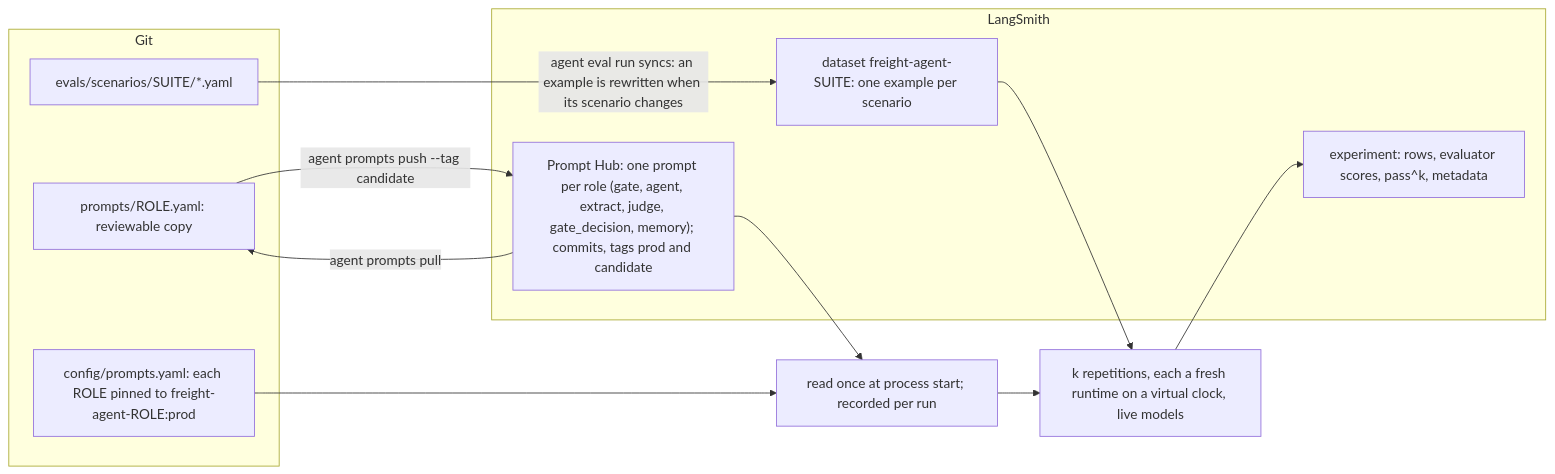
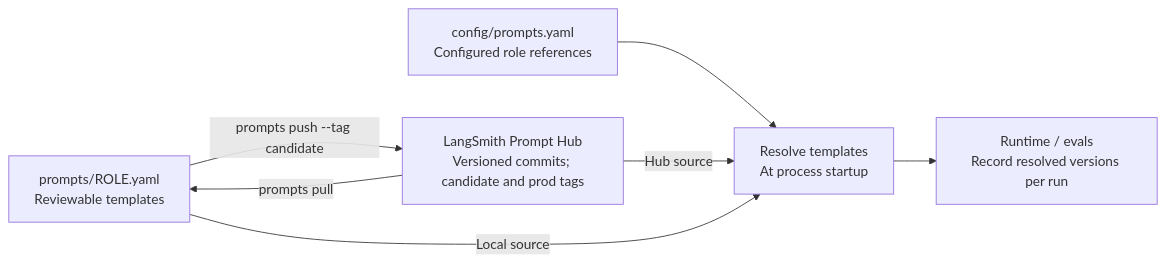
Before and after one commit to pedrocwb/freight-hero-assessment: diagram 13 of 14 in docs/architecture.md, drawn with Mermaid. The commit also changed other lines of this file and 1 other file, not shown here.

Commit message:
docs: redraw architecture diagrams for durable broker operations

````diff
--- a/docs/architecture.md
+++ b/docs/architecture.md
@@ -416,23 +529,15 @@
 ```mermaid
 flowchart LR
-  subgraph git["Git"]
-    scenarios["evals/scenarios/SUITE/*.yaml"]
-    copy["prompts/ROLE.yaml: reviewable copy"]
-    pins["config/prompts.yaml: each ROLE pinned to freight-agent-ROLE:prod"]
-  end
+  local["prompts/ROLE.yaml<br/>Reviewable templates"]
+  hub["LangSmith Prompt Hub<br/>Versioned commits; candidate and prod tags"]
+  pins["config/prompts.yaml<br/>Configured role references"]
+  resolve["Resolve templates<br/>At process startup"]
+  runtime["Runtime / evals<br/>Record resolved versions per run"]
 
-  subgraph ls["LangSmith"]
-    dataset["dataset freight-agent-SUITE: one example per scenario"]
-    hub["Prompt Hub: one prompt per role (gate, agent, extract, judge, gate_decision, memory); commits, tags prod and candidate"]
-    experiment["experiment: rows, evaluator scores, pass^k, metadata"]
-  end
-
-  scenarios -- "agent eval run syncs: an example is rewritten when its scenario changes" --> dataset
-  copy -- "agent prompts push --tag candidate" --> hub
-  hub -- "agent prompts pull" --> copy
-  pins --> resolve["read once at process start; recorded per run"]
-  hub --> resolve
-  dataset --> run["k repetitions, each a fresh runtime on a virtual clock, live models"]
-  resolve --> run
-  run --> experiment
+  local -->|prompts push --tag candidate| hub
+  hub -->|prompts pull| local
+  pins --> resolve
+  hub -->|Hub source| resolve
+  local -->|Local source| resolve
+  resolve --> runtime
 ```
````
